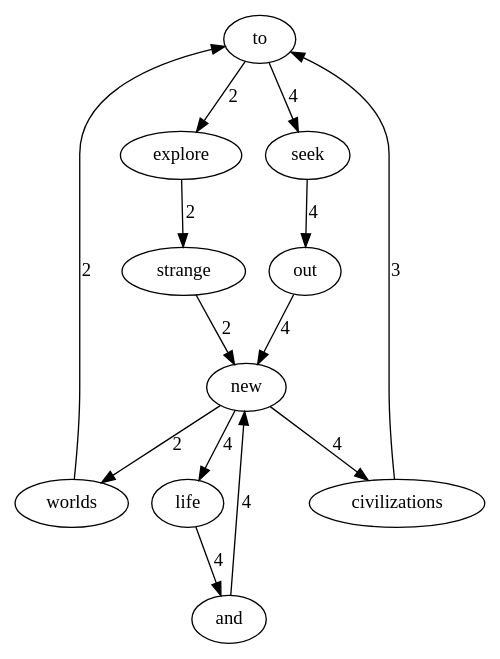
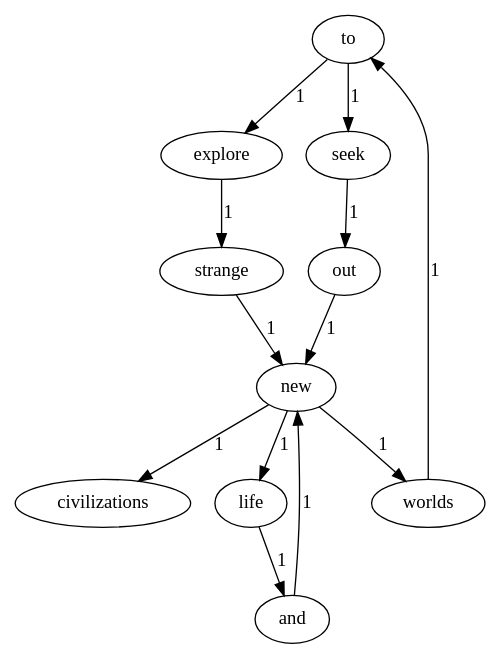
Before and after one commit to vic-yichen/Lab1-2021110640: the diagram in out/text/output.dot, drawn with Graphviz. The commit also changed 8 other files, not shown here.

```diff
--- a/out/text/output.dot
+++ b/out/text/output.dot
@@ -1,16 +1,15 @@
 digraph G {
     "to" [root=true];
-    "new" -> "worlds" [label="2"];
-    "new" -> "civilizations" [label="4"];
-    "new" -> "life" [label="4"];
-    "worlds" -> "to" [label="2"];
-    "explore" -> "strange" [label="2"];
-    "and" -> "new" [label="4"];
-    "to" -> "explore" [label="2"];
-    "to" -> "seek" [label="4"];
-    "civilizations" -> "to" [label="3"];
-    "seek" -> "out" [label="4"];
-    "strange" -> "new" [label="2"];
-    "life" -> "and" [label="4"];
-    "out" -> "new" [label="4"];
+    "new" -> "worlds" [label="1"];
+    "new" -> "civilizations" [label="1"];
+    "new" -> "life" [label="1"];
+    "worlds" -> "to" [label="1"];
+    "explore" -> "strange" [label="1"];
+    "and" -> "new" [label="1"];
+    "to" -> "explore" [label="1"];
+    "to" -> "seek" [label="1"];
+    "seek" -> "out" [label="1"];
+    "strange" -> "new" [label="1"];
+    "life" -> "and" [label="1"];
+    "out" -> "new" [label="1"];
 }
```
